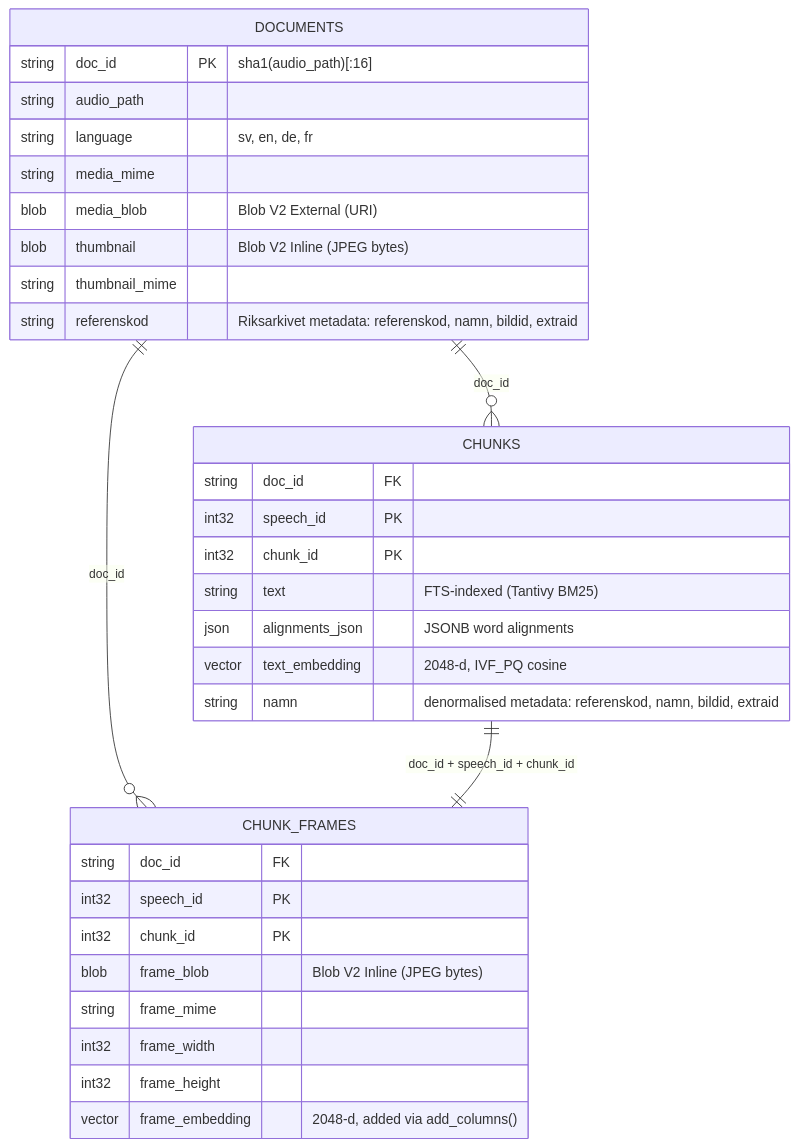
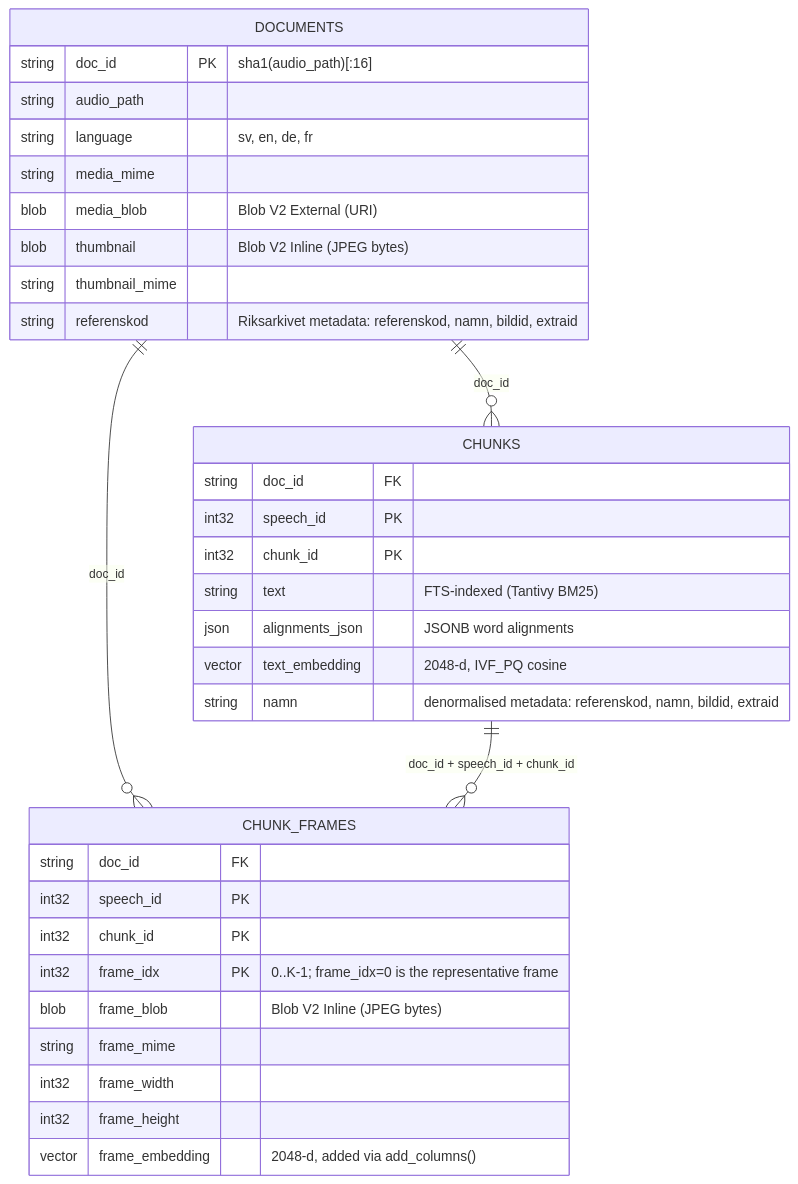
Before and after one commit to Borg93/lance-audio-demo: the first of 3 diagrams in docs/STORAGE.md, drawn with Mermaid. The commit also changed other lines of this file and 16 other files, not shown here.

First line of the commit message:
Split cli.py into a cli/ package; sync docs to current architecture

````diff
--- a/docs/STORAGE.md
+++ b/docs/STORAGE.md
@@ -33,38 +33,39 @@
 ```mermaid
 erDiagram
     DOCUMENTS ||--o{ CHUNKS : "doc_id"
     DOCUMENTS ||--o{ CHUNK_FRAMES : "doc_id"
-    CHUNKS ||--|| CHUNK_FRAMES : "doc_id + speech_id + chunk_id"
+    CHUNKS ||--o{ CHUNK_FRAMES : "doc_id + speech_id + chunk_id"
 
     DOCUMENTS {
         string doc_id PK "sha1(audio_path)[:16]"
         string audio_path
         string language "sv, en, de, fr"
         string media_mime
         blob media_blob "Blob V2 External (URI)"
         blob thumbnail "Blob V2 Inline (JPEG bytes)"
         string thumbnail_mime
         string referenskod "Riksarkivet metadata: referenskod, namn, bildid, extraid"
     }
 
     CHUNKS {
         string doc_id FK
         int32 speech_id PK
         int32 chunk_id PK
         string text "FTS-indexed (Tantivy BM25)"
         json alignments_json "JSONB word alignments"
         vector text_embedding "2048-d, IVF_PQ cosine"
         string namn "denormalised metadata: referenskod, namn, bildid, extraid"
     }
 
     CHUNK_FRAMES {
         string doc_id FK
         int32 speech_id PK
         int32 chunk_id PK
+        int32 frame_idx PK "0..K-1; frame_idx=0 is the representative frame"
         blob frame_blob "Blob V2 Inline (JPEG bytes)"
         string frame_mime
         int32 frame_width
         int32 frame_height
         vector frame_embedding "2048-d, added via add_columns()"
     }
 ```
````
